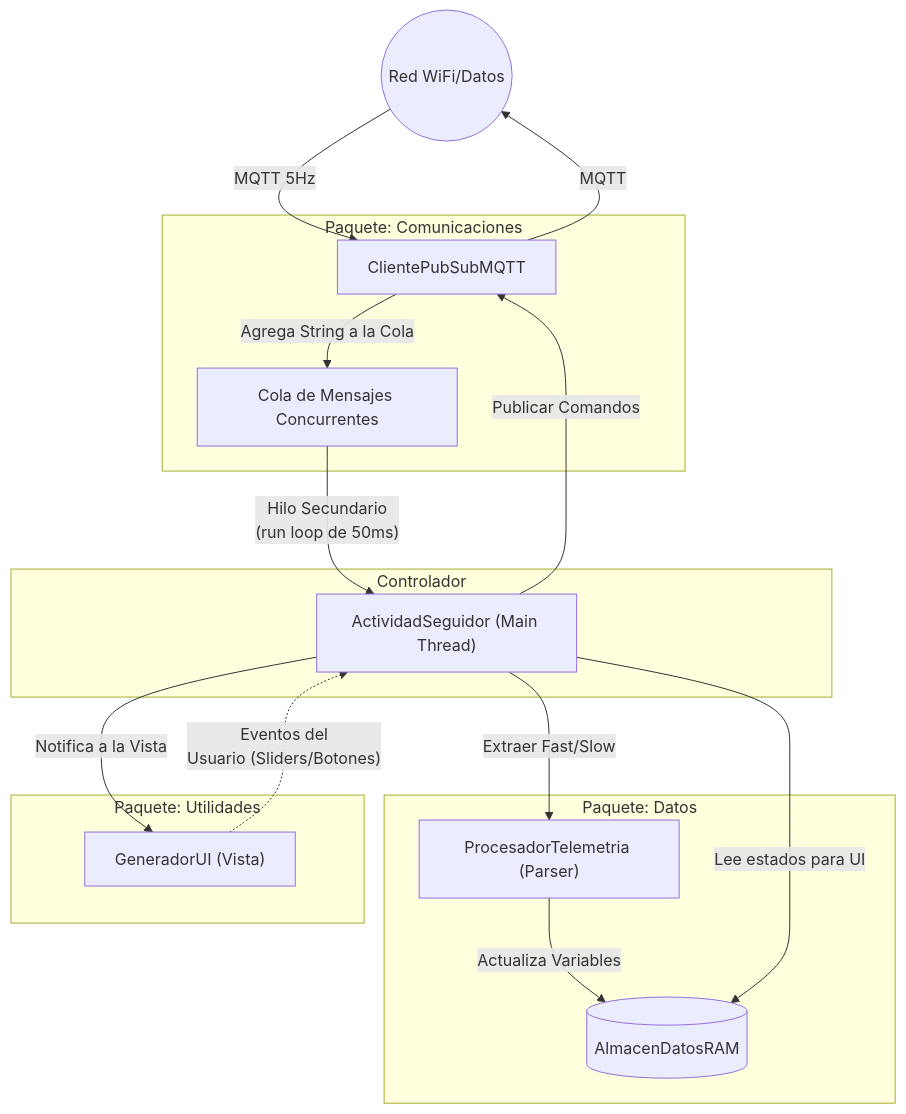
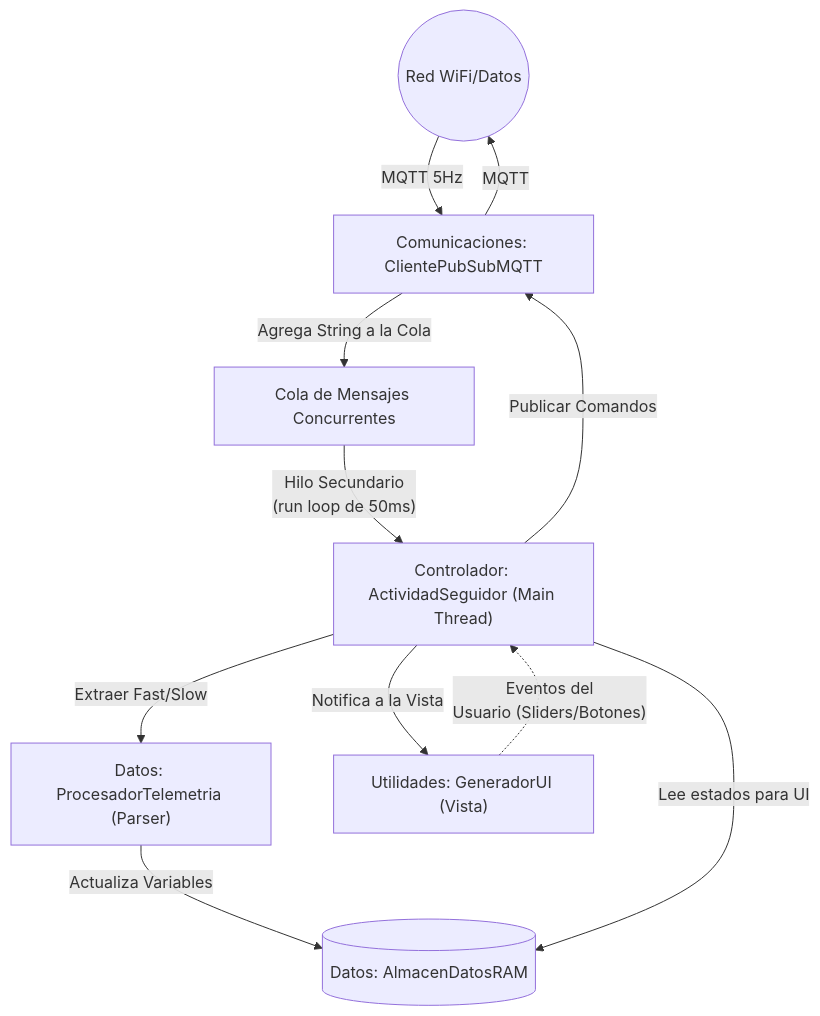
One commit to manramirezpi/SolarTracker changed the diagram in v2/codigo/SeguidorApp/docs/ARQUITECTURA.md. Above: the diagram before and after it, drawn with Mermaid.

````diff
--- a/v2/codigo/SeguidorApp/docs/ARQUITECTURA.md
+++ b/v2/codigo/SeguidorApp/docs/ARQUITECTURA.md
@@ -13,29 +13,21 @@
 ```mermaid
 graph TD;
     Red((Red WiFi/Datos)) -- MQTT 5Hz --> ClientePubSubMQTT;
 
-    subgraph "Paquete: Comunicaciones"
-        ClientePubSubMQTT[ClientePubSubMQTT] -- "Agrega String a la Cola" --> Buffer[Cola de Mensajes Concurrentes];
-    end
+    ClientePubSubMQTT[Comunicaciones: ClientePubSubMQTT] -- "Agrega String a la Cola" --> Buffer[Cola de Mensajes Concurrentes];
 
-    subgraph Controlador
-        ActividadSeguidor["ActividadSeguidor (Main Thread)"] 
-    end
+    ActividadSeguidor["Controlador: ActividadSeguidor (Main Thread)"] 
 
     Buffer -- "Hilo Secundario\n (run loop de 50ms)" --> ActividadSeguidor;
 
-    subgraph "Paquete: Datos"
-        ActividadSeguidor -- "Extraer Fast/Slow" --> ProcesadorTelemetria["ProcesadorTelemetria (Parser)"];
-        ProcesadorTelemetria -- "Actualiza Variables" --> AlmacenDatosRAM[(AlmacenDatosRAM)];
-    end
+    ActividadSeguidor -- "Extraer Fast/Slow" --> ProcesadorTelemetria["Datos: ProcesadorTelemetria (Parser)"];
+    ProcesadorTelemetria -- "Actualiza Variables" --> AlmacenDatosRAM[("Datos: AlmacenDatosRAM")];
 
-    subgraph "Paquete: Utilidades"
-        GeneradorUI["GeneradorUI (Vista)"]
-    end
+    GeneradorUI["Utilidades: GeneradorUI (Vista)"]
 
     ActividadSeguidor -- "Lee estados para UI" --> AlmacenDatosRAM;
     ActividadSeguidor -- "Notifica a la Vista" --> GeneradorUI;
     GeneradorUI -.->|"Eventos del\n Usuario (Sliders/Botones)"| ActividadSeguidor;
     ActividadSeguidor -- "Publicar Comandos" --> ClientePubSubMQTT;
     ClientePubSubMQTT -- MQTT --> Red;
 ```
````
